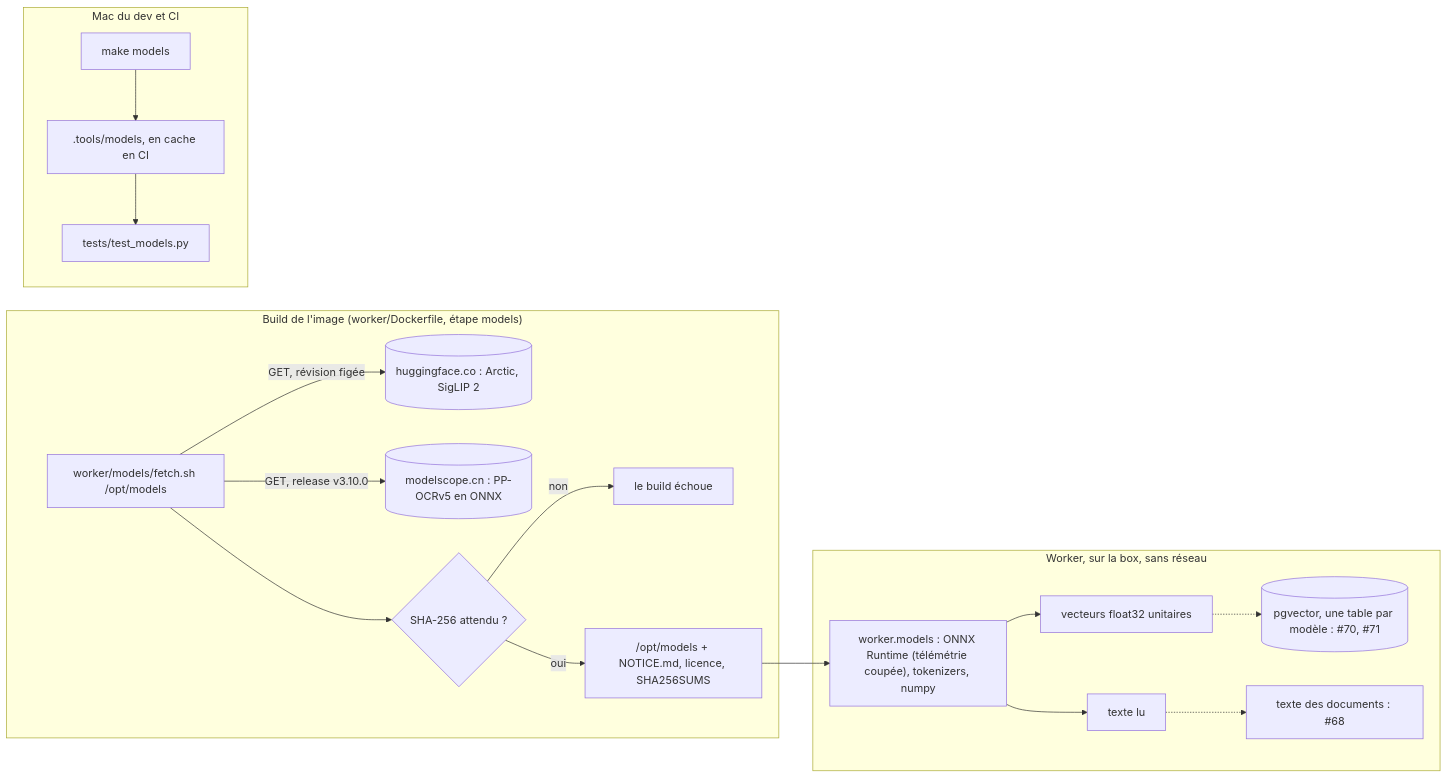
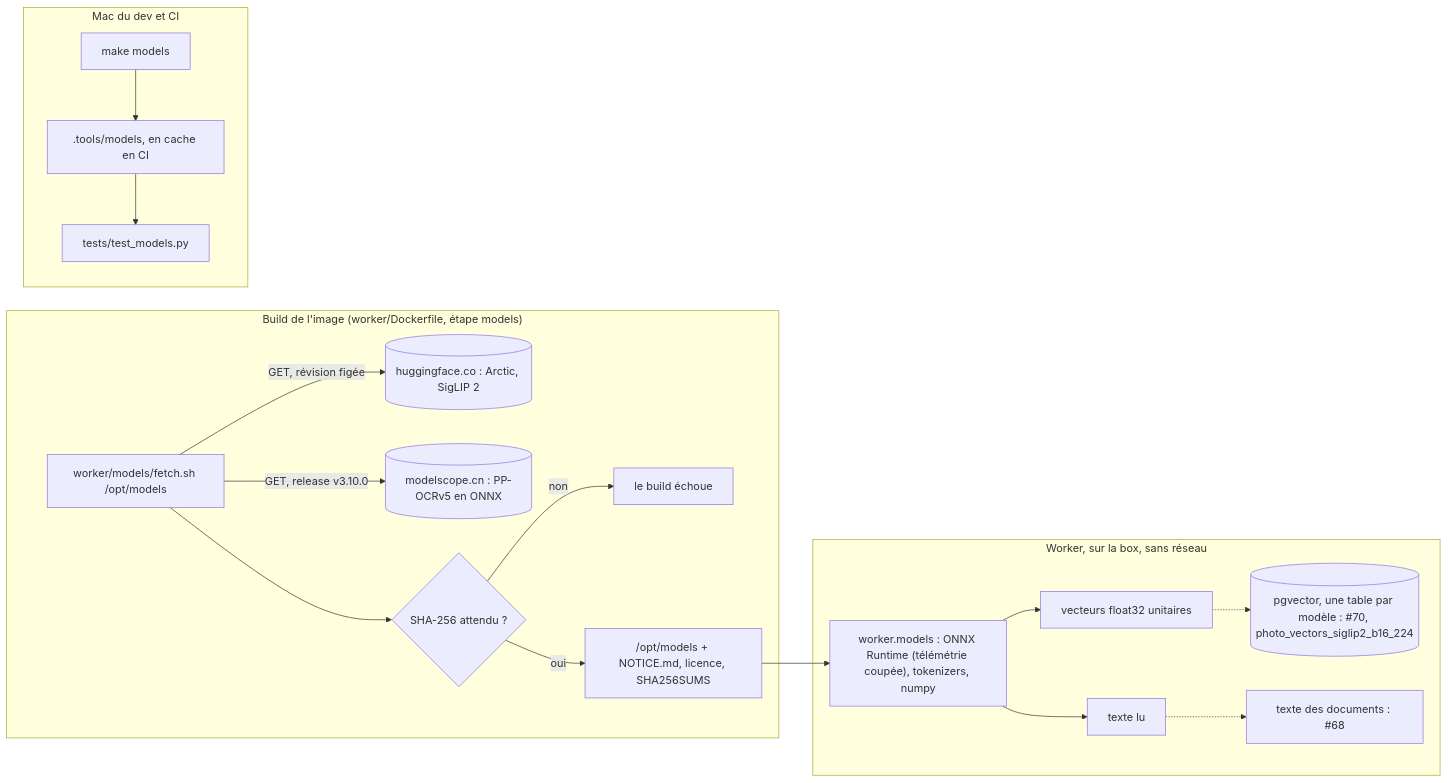
Before and after one commit to C2-POLY/cloud-os: the diagram in docs/architecture/models.md, drawn with Mermaid. The commit also changed other lines of this file and 27 other files, not shown here.

````diff
--- a/docs/architecture/models.md
+++ b/docs/architecture/models.md
@@ -15,21 +15,21 @@
 ```mermaid
 flowchart LR
     subgraph build["Build de l'image (worker/Dockerfile, étape models)"]
         F["worker/models/fetch.sh /opt/models"] -->|"GET, révision figée"| HF[("huggingface.co : Arctic, SigLIP 2")]
         F -->|"GET, release v3.10.0"| MS[("modelscope.cn : PP-OCRv5 en ONNX")]
         F --> C{"SHA-256 attendu ?"}
         C -->|non| X["le build échoue"]
         C -->|oui| M["/opt/models + NOTICE.md, licence, SHA256SUMS"]
     end
     subgraph dev["Mac du dev et CI"]
         MK["make models"] --> L[".tools/models, en cache en CI"]
         L --> T["tests/test_models.py"]
     end
     subgraph box["Worker, sur la box, sans réseau"]
         M --> W["worker.models : ONNX Runtime (télémétrie coupée), tokenizers, numpy"]
         W --> V["vecteurs float32 unitaires"]
         W --> O["texte lu"]
-        V -.-> P[("pgvector, une table par modèle : #70, #71")]
+        V -.-> P[("pgvector, une table par modèle : #70, photo_vectors_siglip2_b16_224")]
         O -.-> D["texte des documents : #68"]
     end
 ```
````
